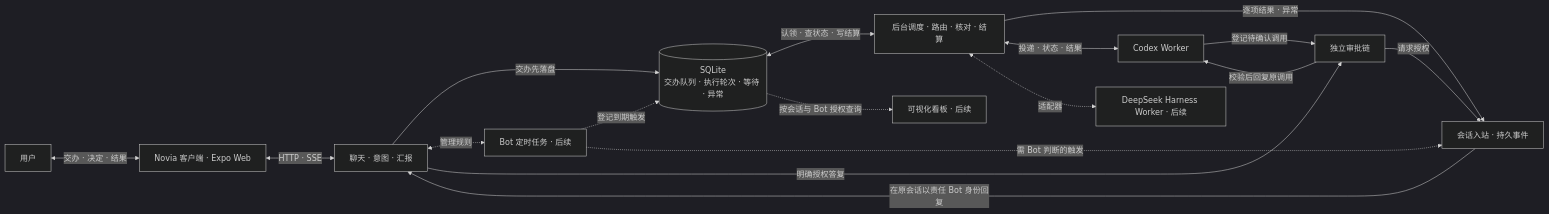
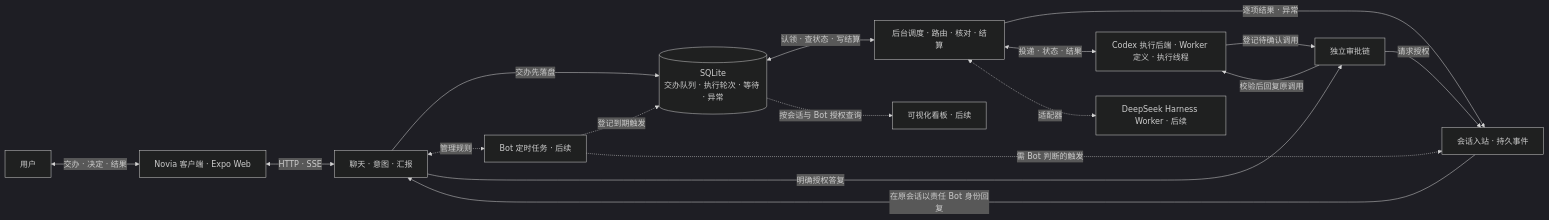
One commit to hoholidayx/Aion changed the diagram in docs/assistant-worker-dispatch-prd.md. Above: the diagram before and after it, drawn with Mermaid (dark theme). The commit also changed other lines of this file, not shown here.

Commit message:
docs: clarify Novia worker workspaces and durable intake

````diff
--- a/docs/assistant-worker-dispatch-prd.md
+++ b/docs/assistant-worker-dispatch-prd.md
@@ -79,30 +79,30 @@
 ```mermaid
 flowchart LR
     User["用户"]
     App["Novia 客户端 · Expo Web"]
     Chat["聊天 · 意图 · 汇报"]
     Dispatch["后台调度 · 路由 · 核对 · 结算"]
     Store[("SQLite<br/>交办队列 · 执行轮次 · 等待 · 异常")]
     Inbox["会话入站 · 持久事件"]
     Approval["独立审批链"]
     Schedules["Bot 定时任务 · 后续"]
     Board["可视化看板 · 后续"]
-    Codex["Codex Worker"]
+    Codex["Codex 执行后端 · Worker 定义 · 执行线程"]
     Harness["DeepSeek Harness Worker · 后续"]
     User <-->|交办 · 决定 · 结果| App
     App <-->|HTTP · SSE| Chat
     Chat -->|交办先落盘| Store
     Store <-->|认领 · 查状态 · 写结算| Dispatch
     Dispatch -->|逐项结果 · 异常| Inbox
     Inbox -->|在原会话以责任 Bot 身份回复| Chat
     Chat <-.->|管理规则| Schedules
     Schedules -.->|登记到期触发| Store
     Schedules -.->|需 Bot 判断的触发| Inbox
     Codex -->|登记待确认调用| Approval
     Approval -->|请求授权| Inbox
     Chat -->|明确授权答复| Approval
     Approval -->|校验后回复原调用| Codex
     Dispatch <-->|投递 · 状态 · 结果| Codex
     Store -.->|按会话与 Bot 授权查询| Board
     Dispatch <-.->|适配器| Harness
 ```
````
